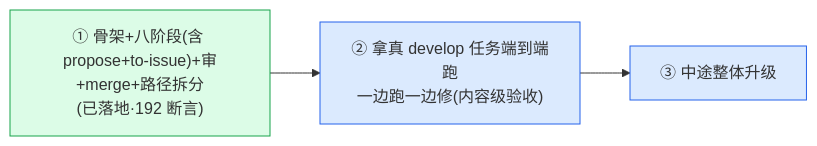
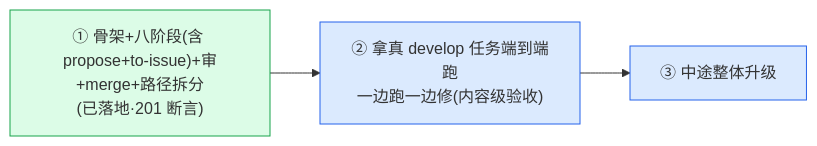
One commit to chancheuklap/multi-model-workflow changed the tenth of 10 diagrams in docs/plugin2/OVERVIEW.md. Above: the diagram before and after it, drawn with Mermaid. The commit also changed other lines of this file and 4 other files, not shown here.

````diff
--- a/docs/plugin2/OVERVIEW.md
+++ b/docs/plugin2/OVERVIEW.md
@@ -454,6 +454,6 @@
 ```mermaid
 flowchart LR
-    N1["① 骨架+八阶段(含 propose+to-issue)+审+merge+路径拆分<br/>(已落地·192 断言)"]:::done --> N2["② 拿真 develop 任务端到端跑<br/>一边跑一边修(内容级验收)"]:::nx --> N3["③ 中途整体升级"]:::nx
+    N1["① 骨架+八阶段(含 propose+to-issue)+审+merge+路径拆分<br/>(已落地·201 断言)"]:::done --> N2["② 拿真 develop 任务端到端跑<br/>一边跑一边修(内容级验收)"]:::nx --> N3["③ 中途整体升级"]:::nx
     classDef done fill:#dcfce7,stroke:#16a34a
     classDef nx fill:#dbeafe,stroke:#2563eb
 ```
````
